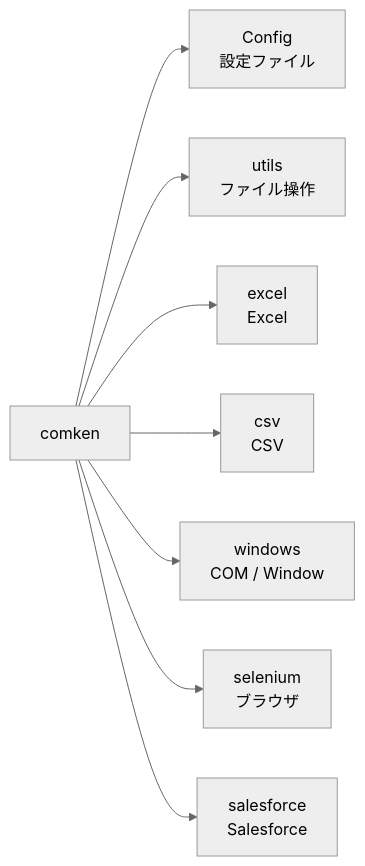
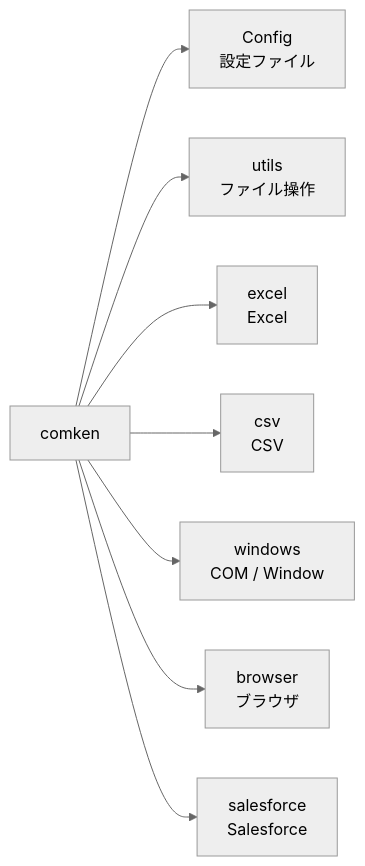
The first of 5 diagrams in README.md (tenniscorecom/original_libs), drawn with Mermaid (neutral theme) before and after one commit. The commit also changed other lines of this file and 10 other files, not shown here.

````diff
--- a/README.md
+++ b/README.md
@@ -20,10 +20,10 @@
 ```mermaid
 graph LR
     comken --> config["Config\n設定ファイル"]
     comken --> utils["utils\nファイル操作"]
     comken --> excel["excel\nExcel"]
     comken --> csv["csv\nCSV"]
     comken --> windows["windows\nCOM / Window"]
-    comken --> selenium["selenium\nブラウザ"]
+    comken --> browser["browser\nブラウザ"]
     comken --> salesforce["salesforce\nSalesforce"]
 ```
````
